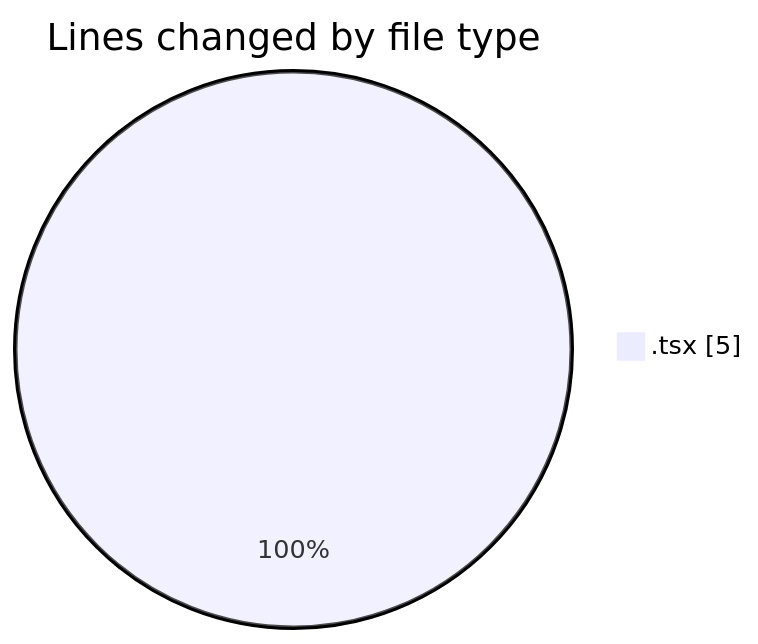
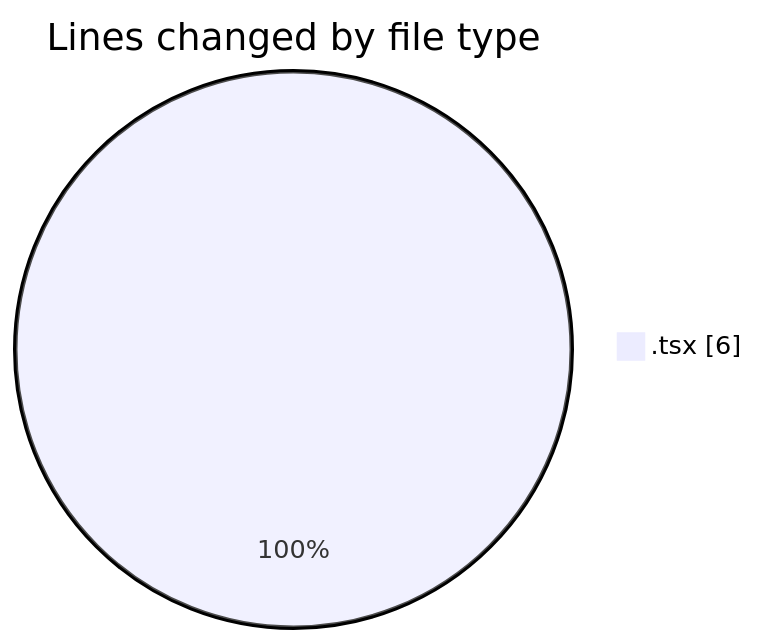
The first of 2 diagrams in 2026-06-12/nxtqube_webapp/README.md (nxtqubesakshisongat/code-tracking), drawn with Mermaid before and after one commit. The commit also changed other lines of this file and 1 other file, not shown here.

````diff
--- a/2026-06-12/nxtqube_webapp/README.md
+++ b/2026-06-12/nxtqube_webapp/README.md
@@ -20,5 +20,5 @@
 ```mermaid
 pie showData
 title Lines changed by file type
-".tsx" : 5
+".tsx" : 6
 ```
````
